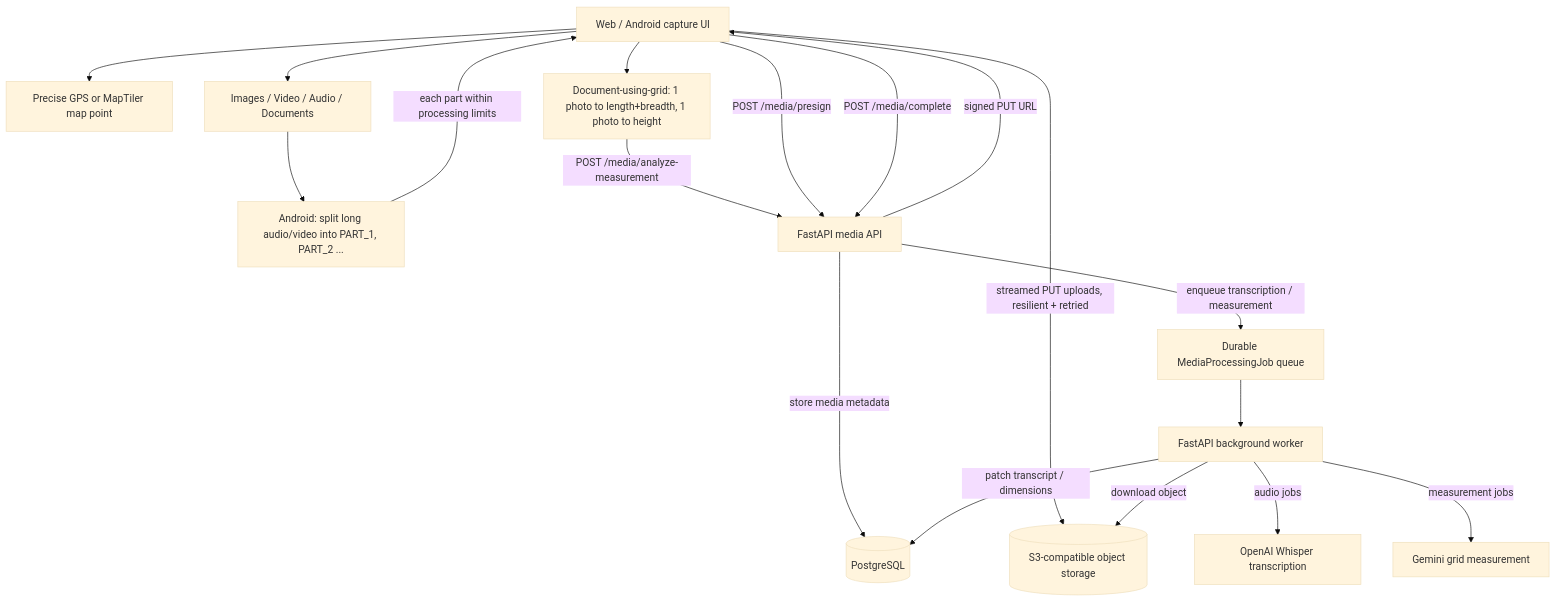
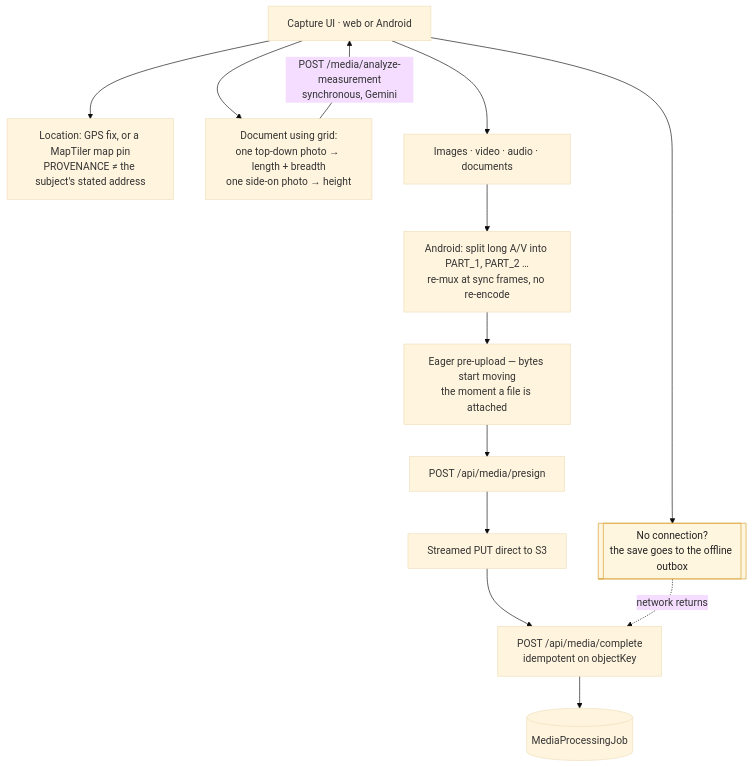
One commit to cxacraftecosystem-ui/documentation-portal changed the seventh of 13 diagrams in docs/ARCHITECTURE.md. Above: the diagram before and after it, drawn with Mermaid (base theme). The commit also changed other lines of this file and 278 other files, not shown here.

````diff
--- a/docs/ARCHITECTURE.md
+++ b/docs/ARCHITECTURE.md
@@ -97,33 +287,26 @@
 ```mermaid
 flowchart TD
-  client[Web / Android capture UI]
-  geo[Precise GPS or MapTiler map point]
-  media[Images / Video / Audio / Documents]
-  split[Android: split long audio/video into PART_1, PART_2 ...]
-  grid[Document-using-grid: 1 photo to length+breadth, 1 photo to height]
-  api[FastAPI media API]
-  queue[Durable MediaProcessingJob queue]
-  worker[FastAPI background worker]
-  openai[OpenAI Whisper transcription]
-  gemini[Gemini grid measurement]
-  s3[(S3-compatible object storage)]
-  db[(PostgreSQL)]
+  ui[Capture UI · web or Android]
+  geo["Location: GPS fix, or a MapTiler map pin<br/>PROVENANCE ≠ the subject's stated address"]
+  grid["Document using grid:<br/>one top-down photo → length + breadth<br/>one side-on photo → height"]
+  files[Images · video · audio · documents]
+  split["Android: split long A/V into PART_1, PART_2 …<br/>re-mux at sync frames, no re-encode"]
+  eager["Eager pre-upload — bytes start moving<br/>the moment a file is attached"]
+  presign[POST /api/media/presign]
+  put[Streamed PUT direct to S3]
+  complete["POST /api/media/complete<br/>idempotent on objectKey"]
+  queue[(MediaProcessingJob)]
+  outbox[["No connection?<br/>the save goes to the offline outbox"]]
 
-  client --> geo
-  client --> media
-  client --> grid
-  grid -->|POST /media/analyze-measurement| api
-  media --> split
-  split -->|each part within processing limits| client
-  client -->|POST /media/presign| api
-  api -->|signed PUT URL| client
-  client -->|streamed PUT uploads, resilient + retried| s3
-  client -->|POST /media/complete| api
-  api -->|store media metadata| db
-  api -->|enqueue transcription / measurement| queue
-  queue --> worker
-  worker -->|download object| s3
-  worker -->|audio jobs| openai
-  worker -->|measurement jobs| gemini
-  worker -->|patch transcript / dimensions| db
+  ui --> geo
+  ui --> grid
+  ui --> files
+  files --> split --> eager
+  grid -->|POST /media/analyze-measurement<br/>synchronous, Gemini| ui
+  eager --> presign --> put --> complete
+  complete --> queue
+  ui --> outbox
+  outbox -.->|network returns| complete
+
+  style outbox fill:#fff6e0,stroke:#d89a2a,color:#222
 ```
````
